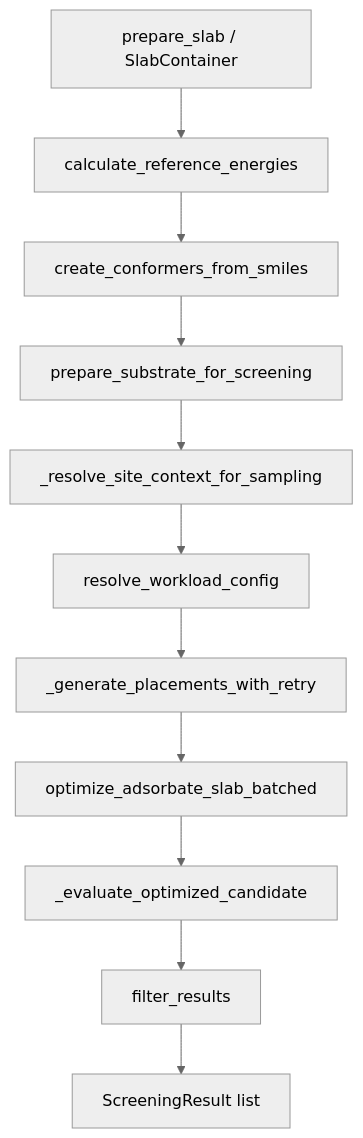
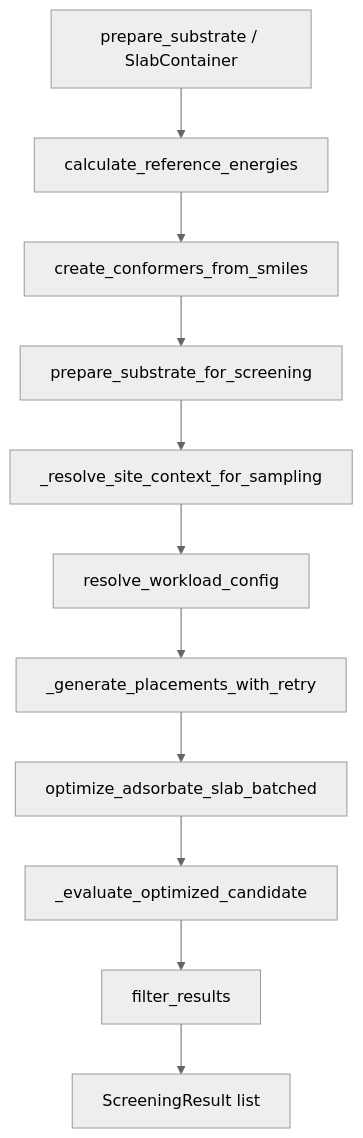
One commit to rlaplaza-lab/metalsurfer changed the first of 4 diagrams in CORE_SYSTEM_EXPLANATION.md. Above: the diagram before and after it, drawn with Mermaid (neutral theme). The commit also changed other lines of this file and 82 other files, not shown here.

First line of the commit message:
Refactor substrate prep into surface_prep with freeze policy and ionic relaxation.

````diff
--- a/CORE_SYSTEM_EXPLANATION.md
+++ b/CORE_SYSTEM_EXPLANATION.md
@@ -77,13 +77,13 @@
 ```mermaid
 flowchart TD
-    prep[prepare_slab / SlabContainer] --> ref[calculate_reference_energies]
+    prep[prepare_substrate / SlabContainer] --> ref[calculate_reference_energies]
     ref --> conf[create_conformers_from_smiles]
     conf --> sub[prepare_substrate_for_screening]
     sub --> sites[_resolve_site_context_for_sampling]
     sites --> tune[resolve_workload_config]
     tune --> place[_generate_placements_with_retry]
     place --> opt[optimize_adsorbate_slab_batched]
     opt --> val[_evaluate_optimized_candidate]
     val --> filt[filter_results]
     filt --> out[ScreeningResult list]
 ```
````
